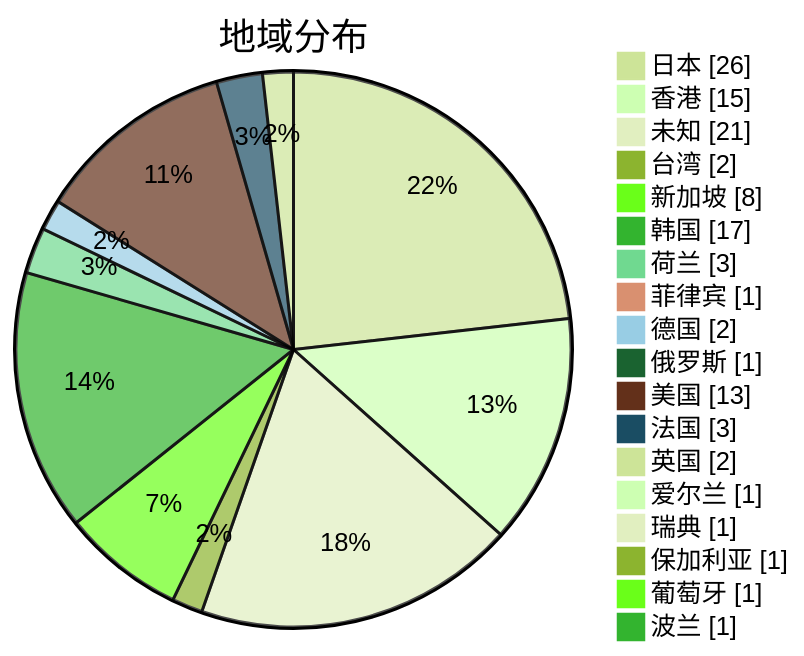
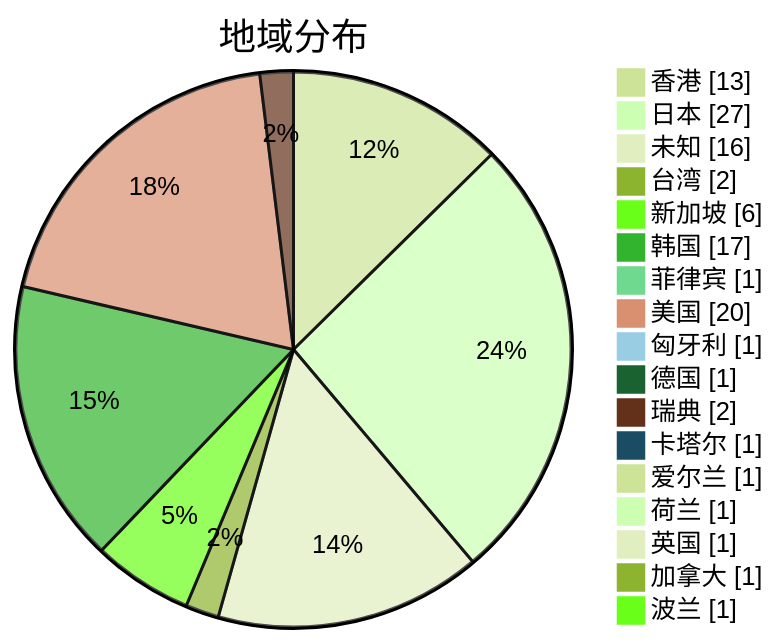
Before and after one commit to qjlxg/airport: the second of 3 diagrams in subs/statistics/tested_within.md, drawn with Mermaid (forest theme). The commit also changed other lines of this file and 2 other files, not shown here.

Commit message:
Tested by metaST

````diff
--- a/subs/statistics/tested_within.md
+++ b/subs/statistics/tested_within.md
@@ -11,22 +11,21 @@
 ```mermaid
 pie showData
 title 地域分布
-"日本" : 26
-"香港" : 15
-"未知" : 21
+"香港" : 13
+"日本" : 27
+"未知" : 16
 "台湾" : 2
-"新加坡" : 8
+"新加坡" : 6
 "韩国" : 17
-"荷兰" : 3
 "菲律宾" : 1
-"德国" : 2
-"俄罗斯" : 1
-"美国" : 13
-"法国" : 3
-"英国" : 2
+"美国" : 20
+"匈牙利" : 1
+"德国" : 1
+"瑞典" : 2
+"卡塔尔" : 1
 "爱尔兰" : 1
-"瑞典" : 1
-"保加利亚" : 1
-"葡萄牙" : 1
+"荷兰" : 1
+"英国" : 1
+"加拿大" : 1
 "波兰" : 1
 ```
````
